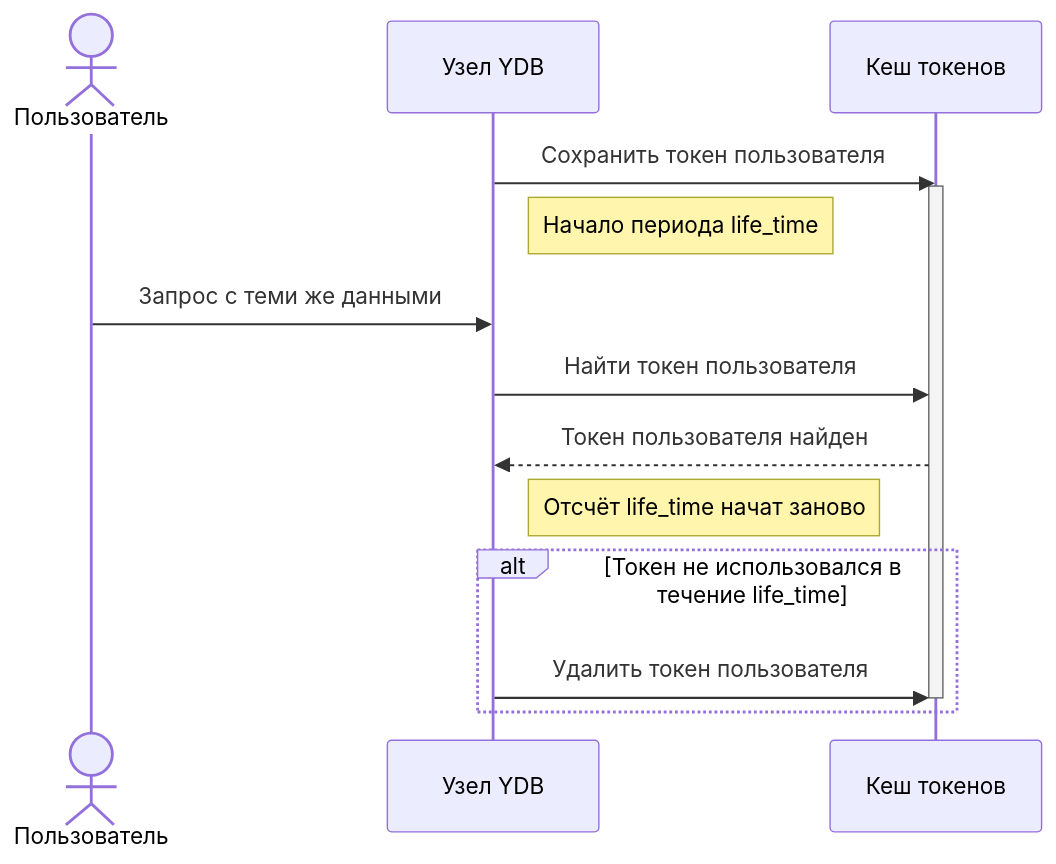
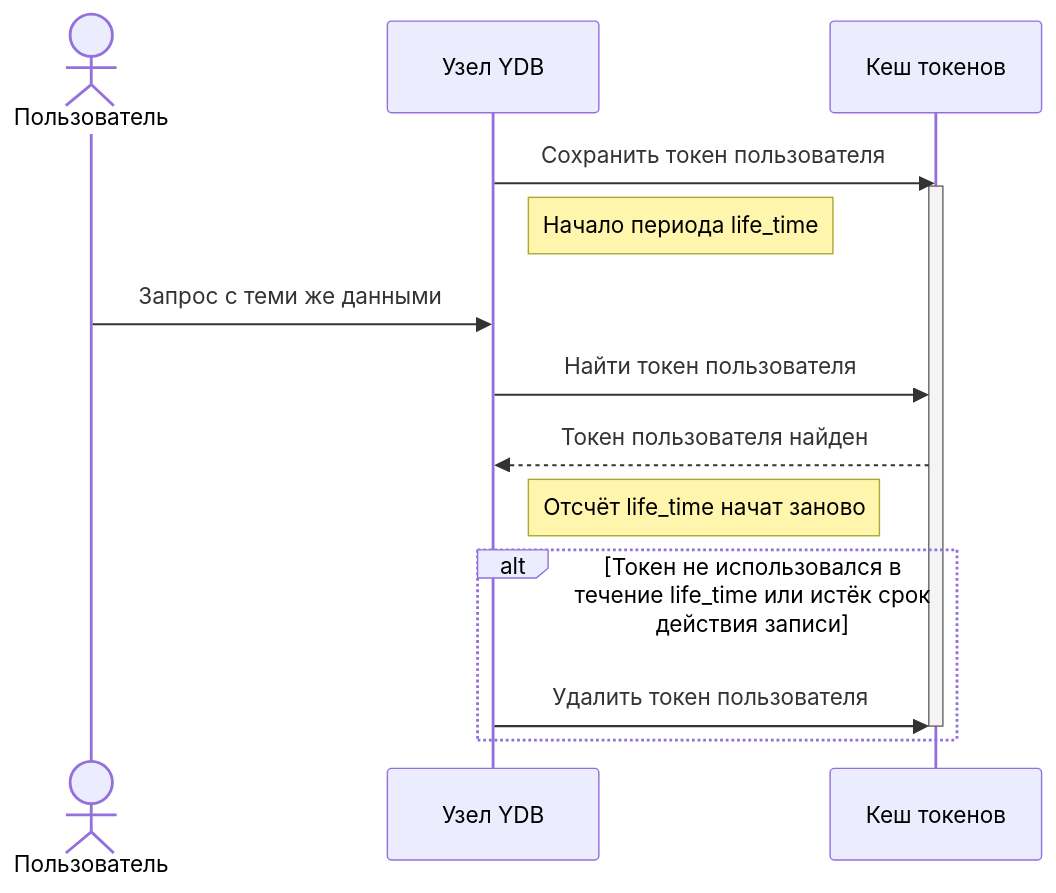
One commit to ydb-platform/ydb changed the diagram in ydb/docs/ru/core/security/_assets/user-token-lifecycle.md. Above: the diagram before and after it, drawn with Mermaid. The commit also changed 3 other files, not shown here.

````diff
--- a/ydb/docs/ru/core/security/_assets/user-token-lifecycle.md
+++ b/ydb/docs/ru/core/security/_assets/user-token-lifecycle.md
@@ -1,20 +1,20 @@
 ```mermaid
 sequenceDiagram
     actor user as Пользователь
     participant node as Узел YDB
     participant cache as Кеш токенов
 
     node->>cache: Сохранить токен пользователя
     activate cache
     Note right of node: Начало периода life_time
 
     user->>node: Запрос с теми же данными
     node->>cache: Найти токен пользователя
     cache-->>node: Токен пользователя найден
     Note right of node: Отсчёт life_time начат заново
 
-    alt Токен не использовался в течение life_time
+    alt Токен не использовался в течение life_time или истёк срок действия записи
     node->>cache: Удалить токен пользователя
     deactivate cache
     end
 ```
````
